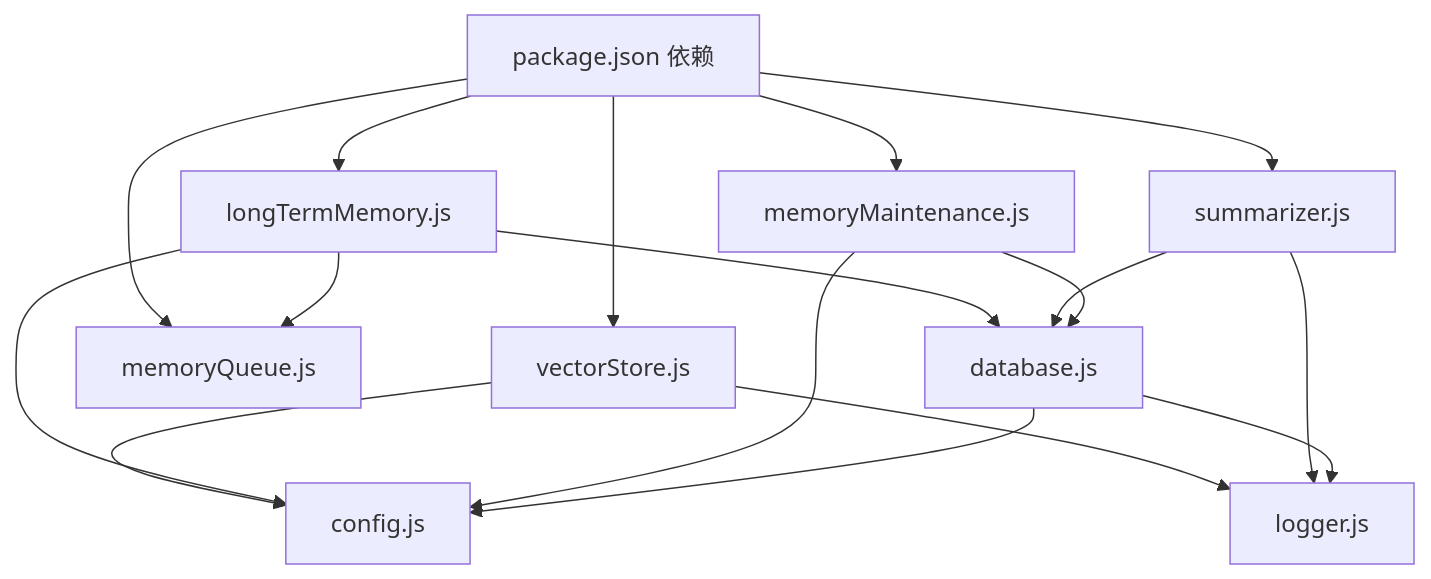
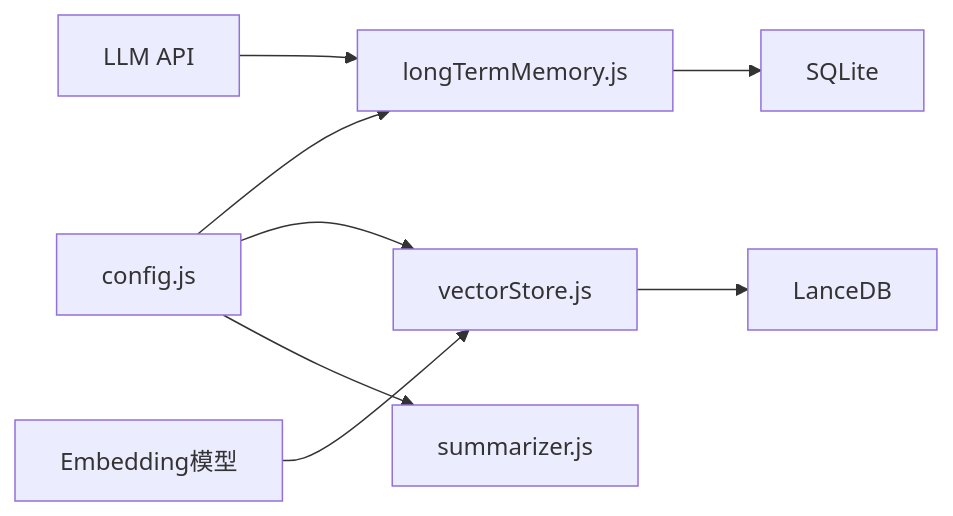
The eighth of 8 diagrams in NL2SQL/.qoder/repowiki/zh/content/记忆系统/记忆系统.md (HanHuiOnLine/724-office), drawn with Mermaid before and after one commit. The commit also changed other lines of this file and 203 other files, not shown here.

````diff
--- a/NL2SQL/.qoder/repowiki/zh/content/记忆系统/记忆系统.md
+++ b/NL2SQL/.qoder/repowiki/zh/content/记忆系统/记忆系统.md
@@ -291,28 +360,10 @@
 ```mermaid
-graph TB
-PKG["package.json 依赖"]
-VEC["vectorStore.js"]
-LTM["longTermMemory.js"]
-MQ["memoryQueue.js"]
-SUM["summarizer.js"]
-MM["memoryMaintenance.js"]
-CFG["config.js"]
-DB["database.js"]
-LOG["logger.js"]
-PKG --> VEC
-PKG --> LTM
-PKG --> MQ
-PKG --> SUM
-PKG --> MM
-VEC --> CFG
-VEC --> LOG
-LTM --> DB
-LTM --> CFG
-LTM --> MQ
-SUM --> DB
-SUM --> LOG
-MM --> DB
-MM --> CFG
-DB --> CFG
-DB --> LOG
+graph LR
+CFG["config.js"] --> LTM["longTermMemory.js"]
+CFG --> VS["vectorStore.js"]
+CFG --> SUM["summarizer.js"]
+LLM["LLM API"] --> LTM
+EMB["Embedding模型"] --> VS
+LTM --> DB["SQLite"]
+VS --> VDB["LanceDB"]
 ```
````
